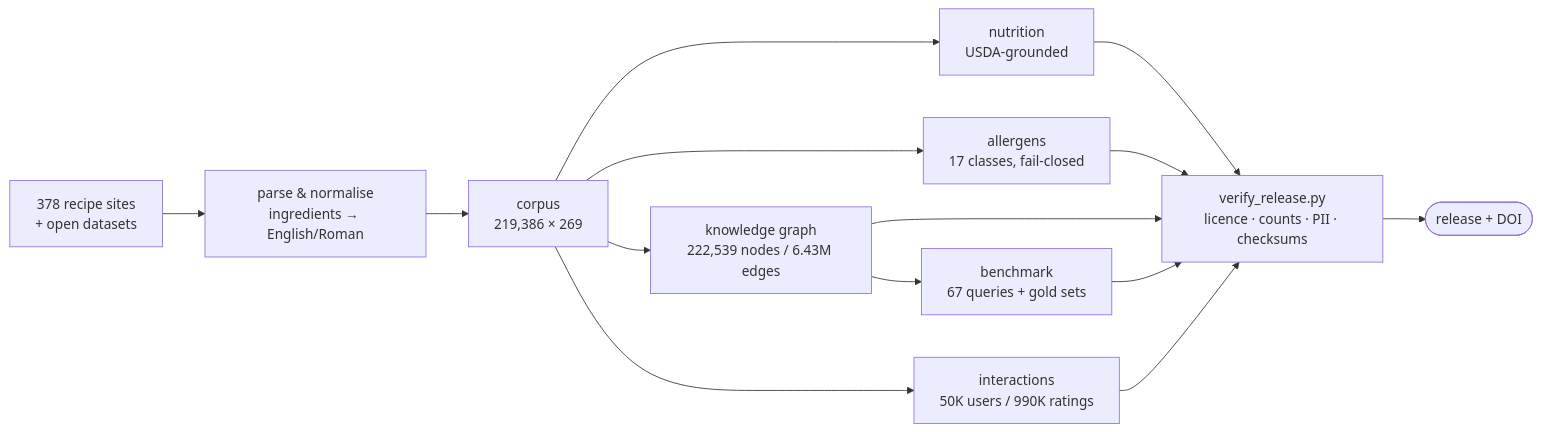
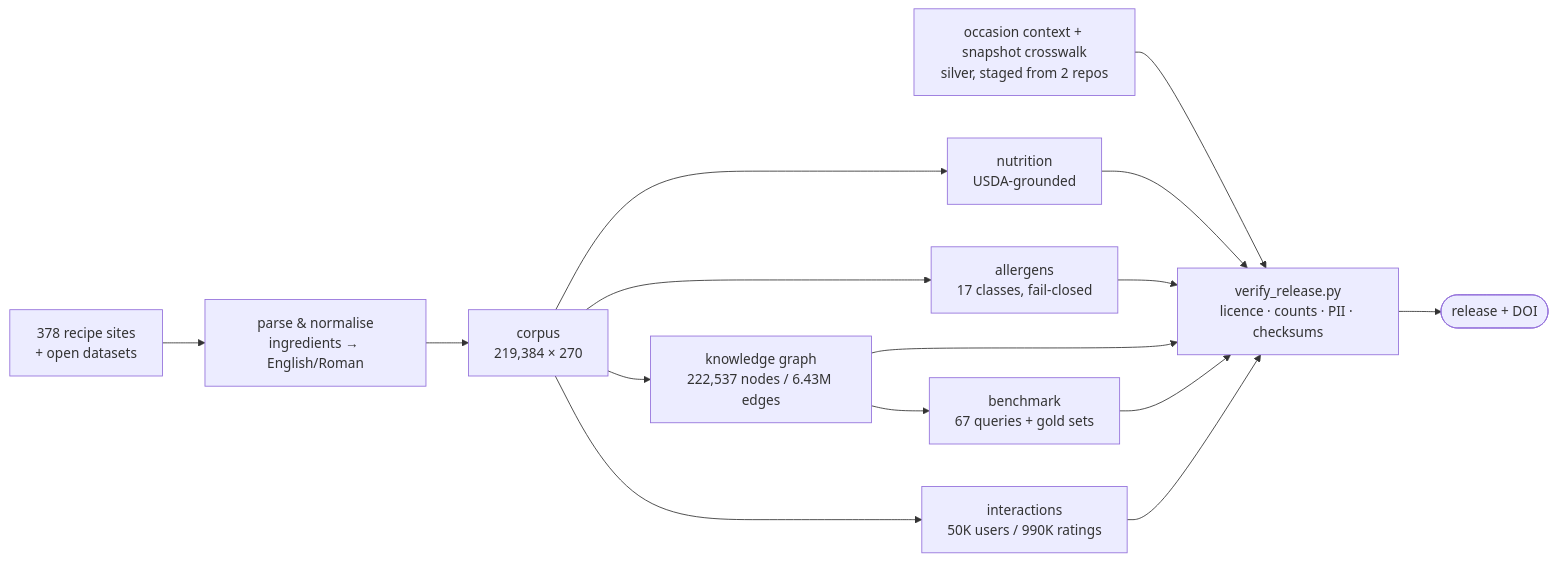
Before and after one commit to Poshaka-Research-Lab/IndicRecipeNutri-dataset: the first of 2 diagrams in README.md, drawn with Mermaid. The commit also changed other lines of this file and 29 other files, not shown here.

First line of the commit message:
Release 0.11.0: cultural-context layer and historical-snapshot crosswalk (additive)

````diff
--- a/README.md
+++ b/README.md
@@ -170,12 +181,13 @@
 ```mermaid
 flowchart LR
     A["378 recipe sites<br/>+ open datasets"] --> B["parse & normalise<br/>ingredients → English/Roman"]
-    B --> C["corpus<br/>219,386 × 269"]
+    B --> C["corpus<br/>219,384 × 270"]
     C --> D["nutrition<br/>USDA-grounded"]
     C --> E["allergens<br/>17 classes, fail-closed"]
-    C --> F["knowledge graph<br/>222,539 nodes / 6.43M edges"]
+    C --> F["knowledge graph<br/>222,537 nodes / 6.43M edges"]
     F --> G["benchmark<br/>67 queries + gold sets"]
     C --> K["interactions<br/>50K users / 990K ratings"]
+    X["occasion context + snapshot crosswalk<br/>silver, staged from 2 repos"] --> I
     D & E & F & G & K --> I["verify_release.py<br/>licence · counts · PII · checksums"]
     I --> J(["release + DOI"])
 ```
````
